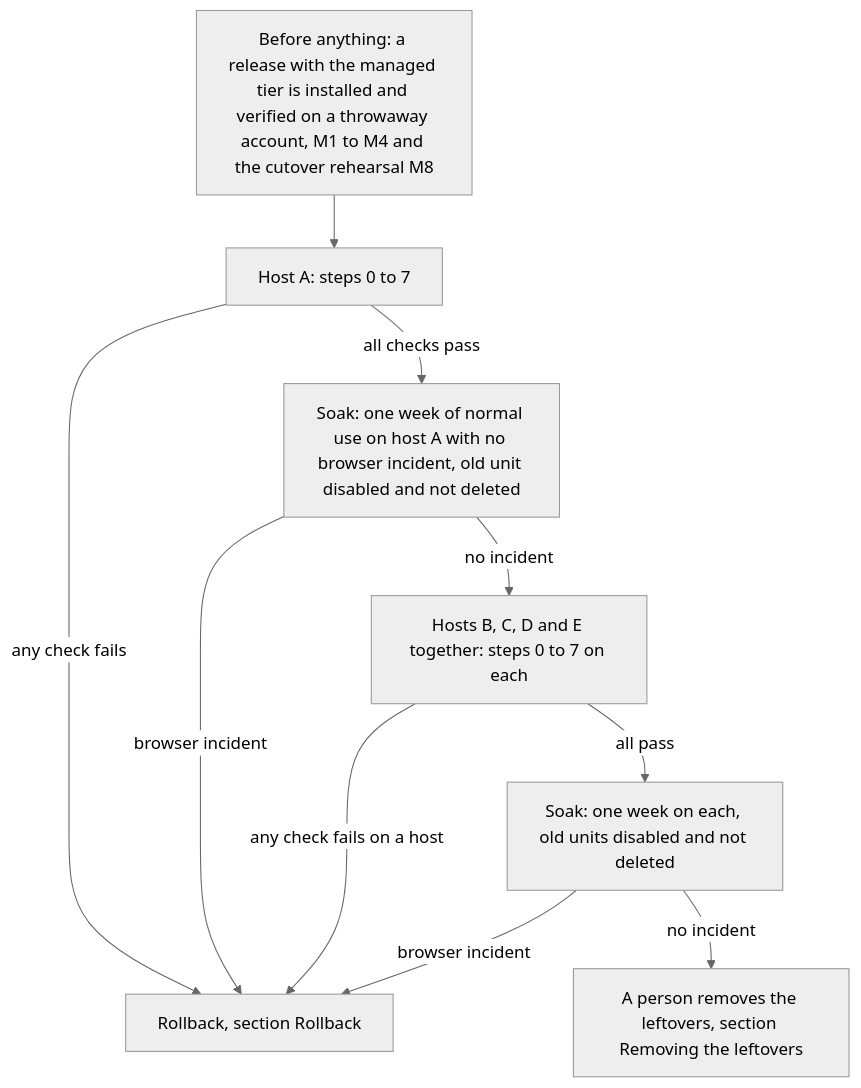
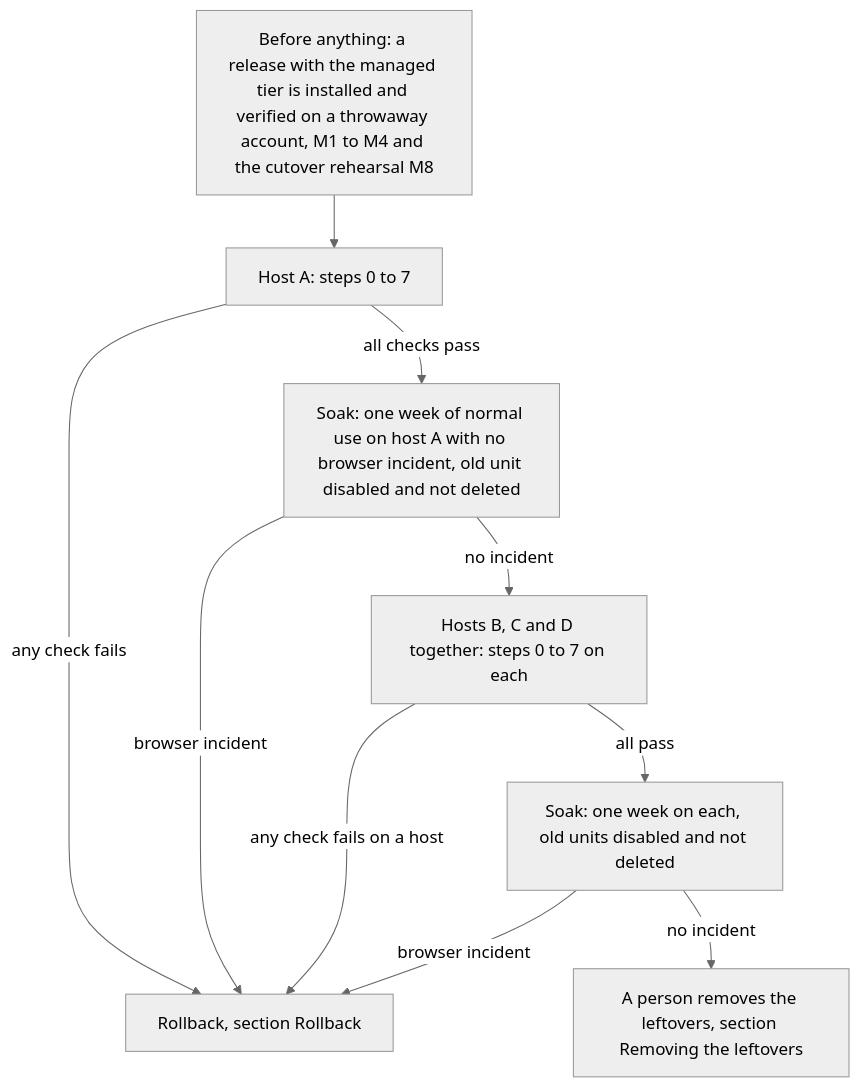
Before and after one commit to openabdev/openab-computer: the first of 3 diagrams in docs/linux-cutover.md, drawn with Mermaid (neutral theme). The commit also changed other lines of this file and 9 other files, not shown here.

````diff
--- a/docs/linux-cutover.md
+++ b/docs/linux-cutover.md
@@ -43,20 +43,20 @@
 ```mermaid
 flowchart TB
     pre["Before anything: a release with the managed tier is installed and verified on a throwaway account, M1 to M4 and the cutover rehearsal M8"]
     a["Host A: steps 0 to 7"]
     soak["Soak: one week of normal use on host A with no browser incident, old unit disabled and not deleted"]
-    rest["Hosts B, C, D and E together: steps 0 to 7 on each"]
+    rest["Hosts B, C and D together: steps 0 to 7 on each"]
     soak2["Soak: one week on each, old units disabled and not deleted"]
     clean["A person removes the leftovers, section Removing the leftovers"]
     rb["Rollback, section Rollback"]
 
     pre --> a
     a -- "any check fails" --> rb
     a -- "all checks pass" --> soak
     soak -- "browser incident" --> rb
     soak -- "no incident" --> rest
     rest -- "any check fails on a host" --> rb
     rest -- "all pass" --> soak2
     soak2 -- "browser incident" --> rb
     soak2 -- "no incident" --> clean
 ```
````
